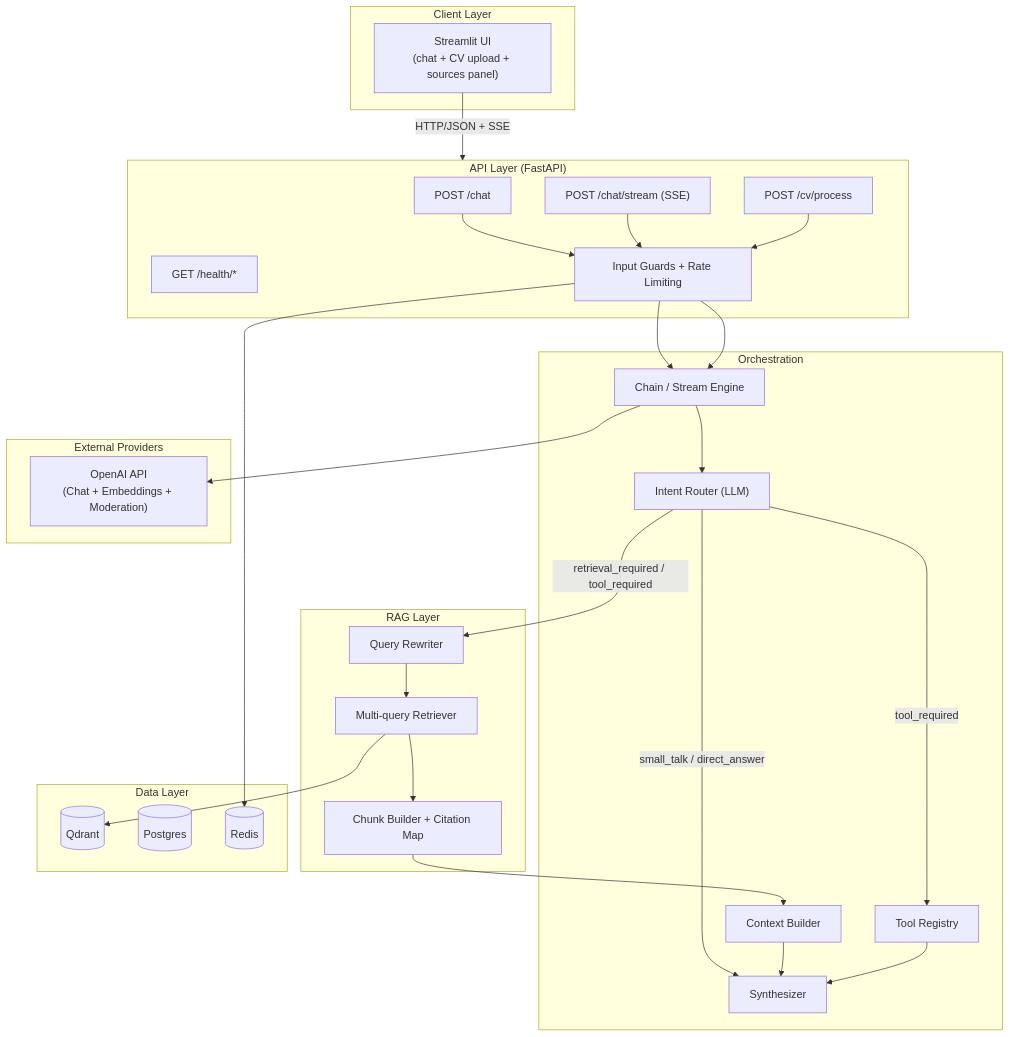
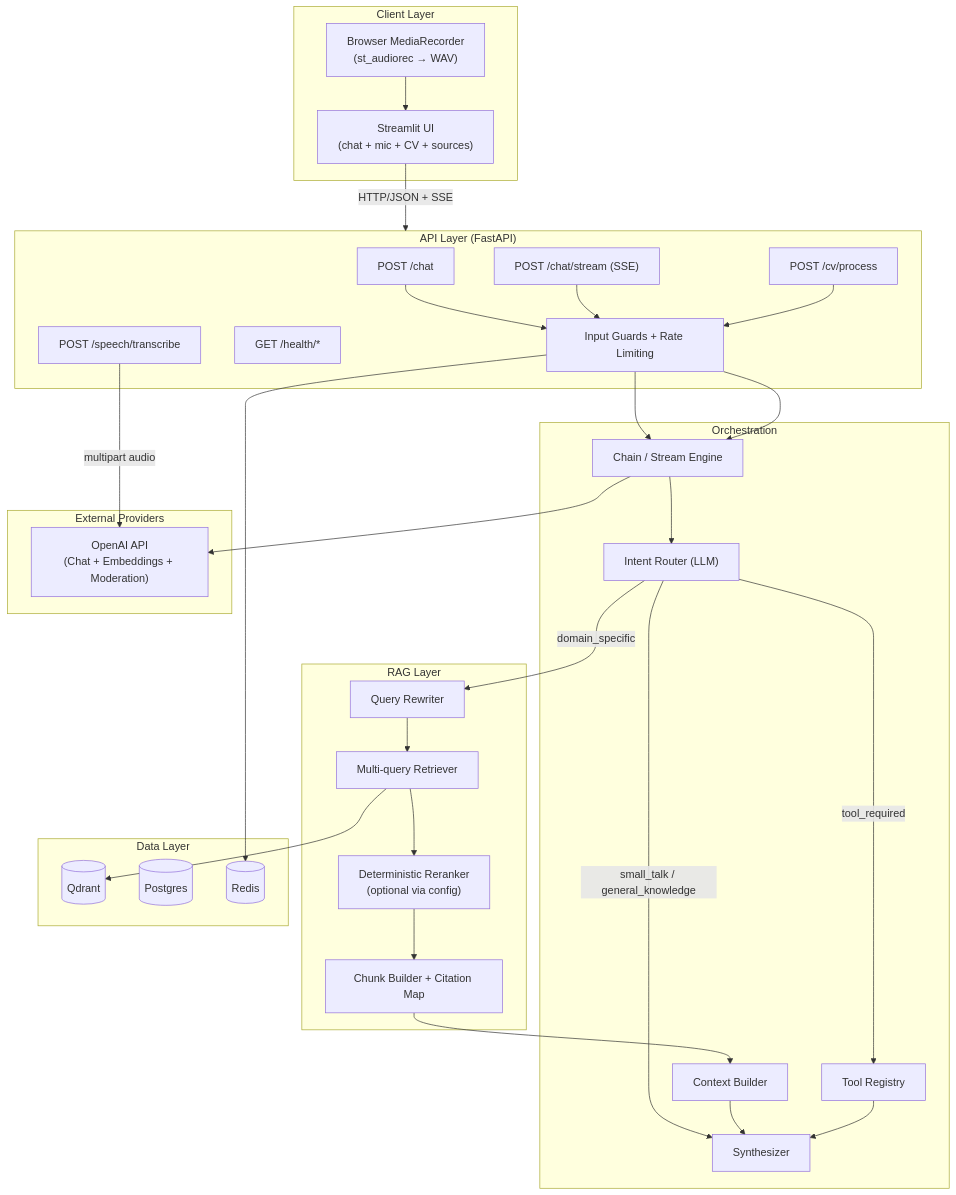
Before and after one commit to Fejjii/Career-Consultant-Platform: the first of 4 diagrams in README.md, drawn with Mermaid. The commit also changed other lines of this file and 98 other files, not shown here.

````diff
--- a/README.md
+++ b/README.md
@@ -9,53 +9,58 @@
 ```mermaid
 flowchart TB
     subgraph client ["Client Layer"]
-        UI["Streamlit UI<br/>(chat + CV upload + sources panel)"]
+        UI["Streamlit UI<br/>(chat + mic + CV + sources)"]
+        Mic["Browser MediaRecorder<br/>(st_audiorec → WAV)"]
     end
 
     subgraph api ["API Layer (FastAPI)"]
         Chat["POST /chat"]
         Stream["POST /chat/stream (SSE)"]
         CV["POST /cv/process"]
+        Speech["POST /speech/transcribe"]
         Health["GET /health/*"]
         Guards["Input Guards + Rate Limiting"]
     end
 
     subgraph orchestration ["Orchestration"]
         Router["Intent Router (LLM)"]
         Chain["Chain / Stream Engine"]
         Synth["Synthesizer"]
         CTX["Context Builder"]
         Tools["Tool Registry"]
     end
 
     subgraph rag ["RAG Layer"]
         Rewrite["Query Rewriter"]
         Retriever["Multi-query Retriever"]
+        Reranker["Deterministic Reranker<br/>(optional via config)"]
         Chunks["Chunk Builder + Citation Map"]
     end
 
     subgraph data ["Data Layer"]
         Qdrant[("Qdrant")]
         Postgres[("Postgres")]
         Redis[("Redis")]
     end
 
     subgraph providers ["External Providers"]
         OpenAI["OpenAI API<br/>(Chat + Embeddings + Moderation)"]
     end
 
+    Mic --> UI
     UI -->|"HTTP/JSON + SSE"| api
     Chat --> Guards --> Chain
     Stream --> Guards --> Chain
     CV --> Guards
+    Speech -->|"multipart audio"| OpenAI
 
     Chain --> Router
-    Router -->|"small_talk / direct_answer"| Synth
-    Router -->|"retrieval_required / tool_required"| Rewrite
-    Rewrite --> Retriever --> Chunks --> CTX --> Synth
+    Router -->|"small_talk / general_knowledge"| Synth
+    Router -->|"domain_specific"| Rewrite
+    Rewrite --> Retriever --> Reranker --> Chunks --> CTX --> Synth
     Router -->|"tool_required"| Tools --> Synth
 
     Retriever --> Qdrant
     Chain --> OpenAI
     Guards --> Redis
 ```
````
